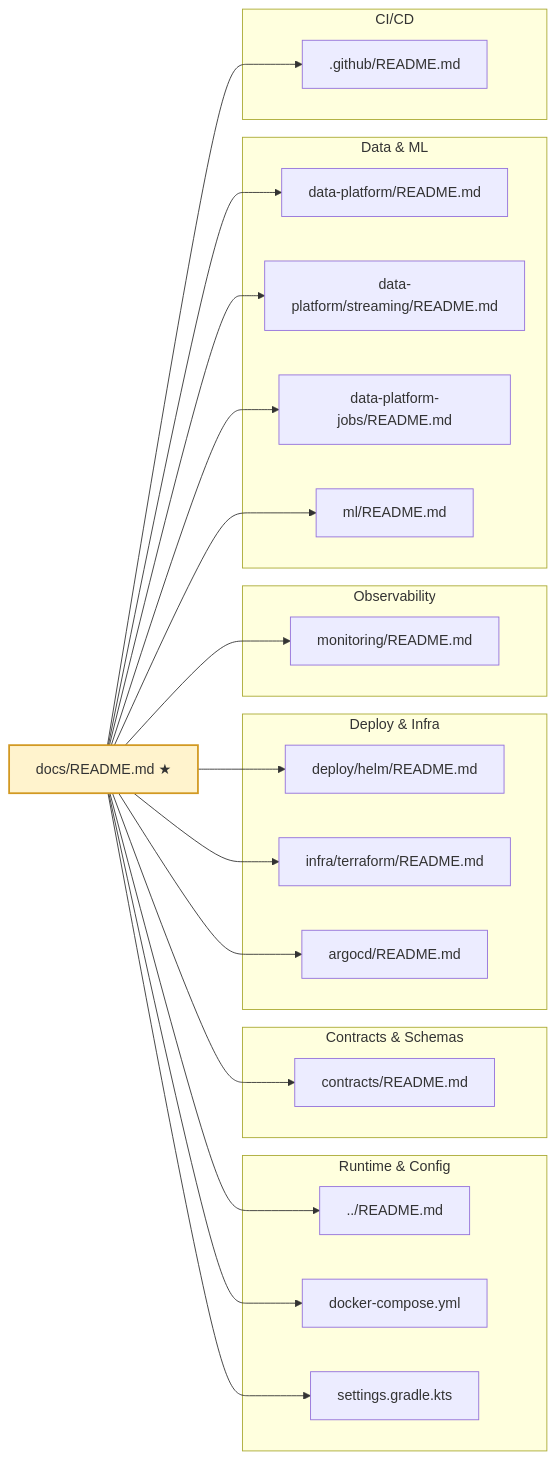
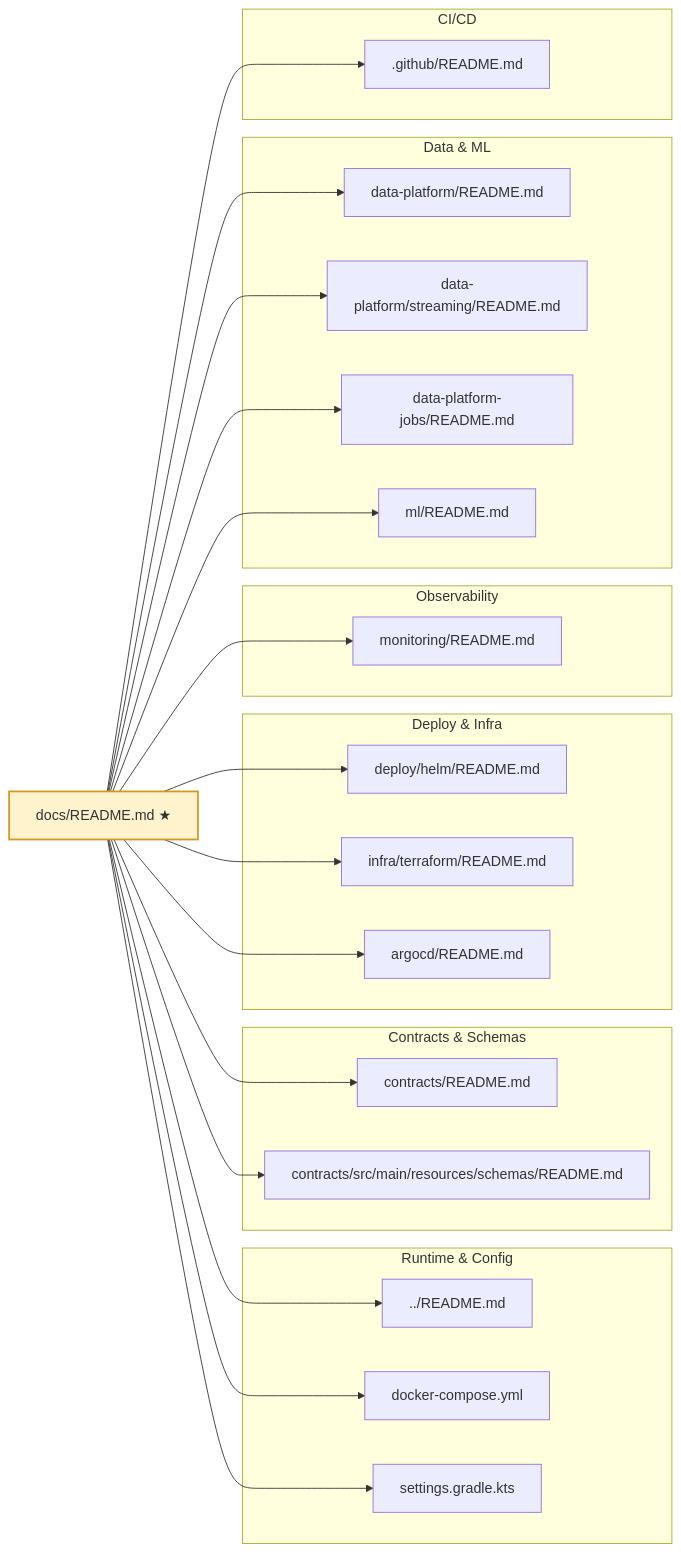
The fifth of 5 diagrams in docs/README.md (sunitakeazycommerz-a11y/InstaCommerce), drawn with Mermaid before and after one commit. The commit also changed other lines of this file and 7 other files, not shown here.

````diff
--- a/docs/README.md
+++ b/docs/README.md
@@ -381,42 +381,43 @@
 ```mermaid
 graph LR
     subgraph "Runtime & Config"
         ROOT["../README.md"]
         COMPOSE["docker-compose.yml"]
         SETTINGS["settings.gradle.kts"]
     end
 
     subgraph "Contracts & Schemas"
         CONTRACTS["contracts/README.md"]
+        SCHEMAS["contracts/src/main/resources/schemas/README.md"]
     end
 
     subgraph "Deploy & Infra"
         HELM["deploy/helm/README.md"]
         TF["infra/terraform/README.md"]
         ARGO["argocd/README.md"]
     end
 
     subgraph "Observability"
         MON["monitoring/README.md"]
     end
 
     subgraph "Data & ML"
         DP["data-platform/README.md"]
         STREAM["data-platform/streaming/README.md"]
         DPJ["data-platform-jobs/README.md"]
         ML["ml/README.md"]
     end
 
     subgraph "CI/CD"
         GH[".github/README.md"]
     end
 
     HUB["docs/README.md ★"] --> ROOT & COMPOSE & SETTINGS
-    HUB --> CONTRACTS
+    HUB --> CONTRACTS & SCHEMAS
     HUB --> HELM & TF & ARGO
     HUB --> MON
     HUB --> DP & STREAM & DPJ & ML
     HUB --> GH
 
     style HUB fill:#fff3cd,stroke:#d29922,stroke-width:2px
 ```
````
